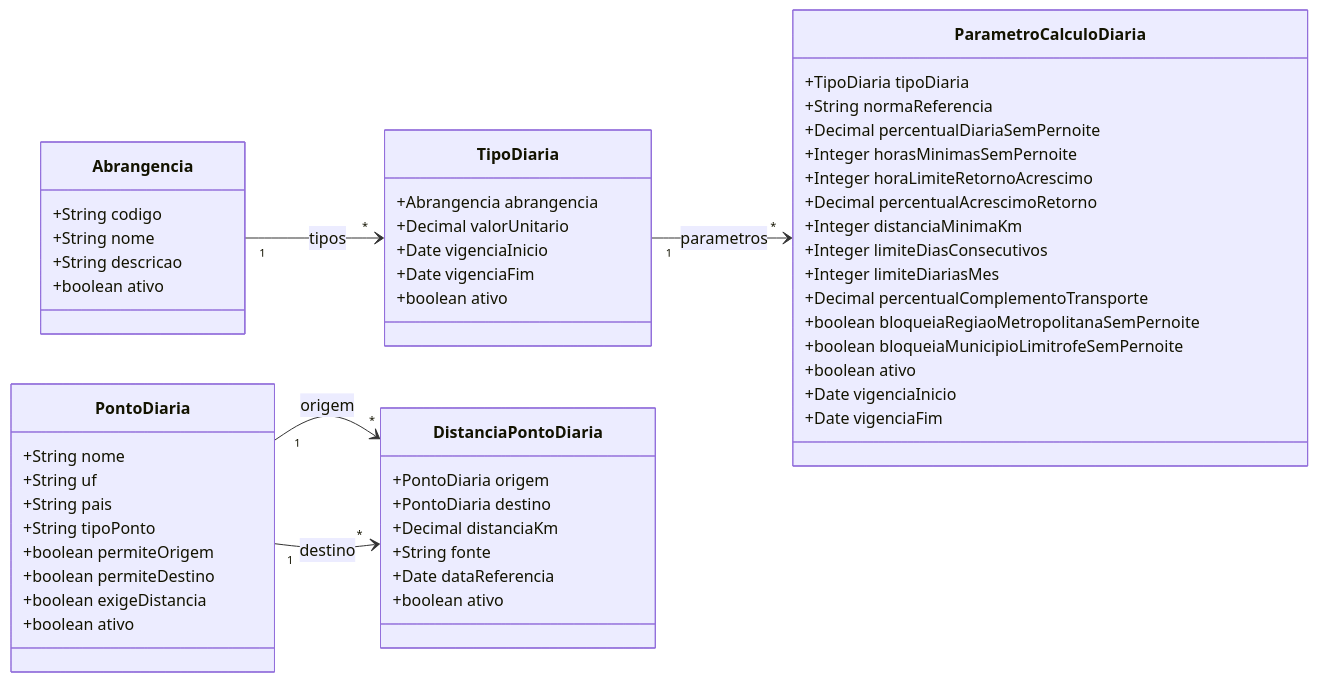
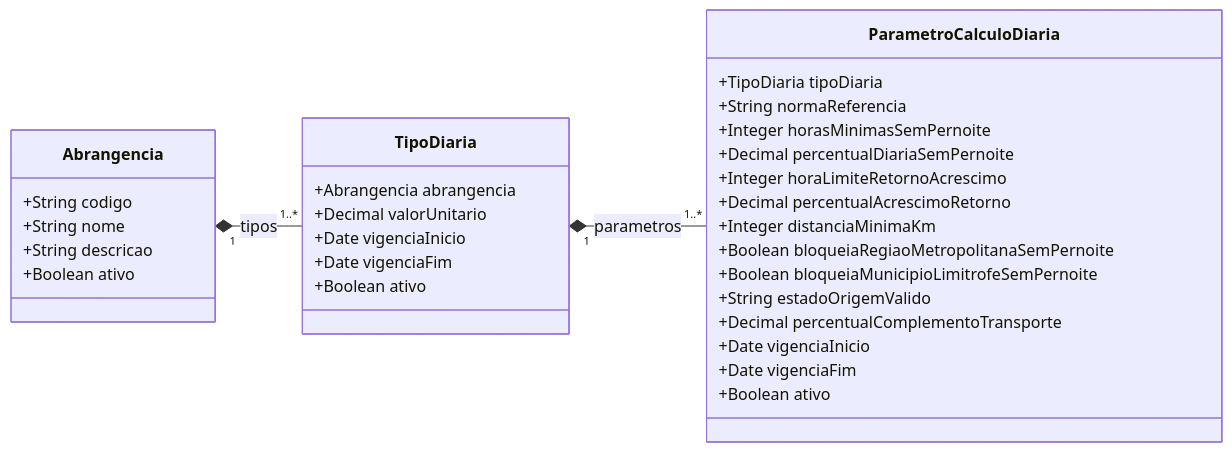
Before and after one commit to Czzped/conecta-fapes-teste: the diagram in docs/implementation/modules/M008-cadastros-corporativos/diarias/modelo-estrutural.md, drawn with Mermaid. The commit also changed other lines of this file and 5 other files, not shown here.

````diff
--- a/docs/implementation/modules/M008-cadastros-corporativos/diarias/modelo-estrutural.md
+++ b/docs/implementation/modules/M008-cadastros-corporativos/diarias/modelo-estrutural.md
@@ -17,62 +15,39 @@
 ```mermaid
 classDiagram
     direction LR
 
     class Abrangencia {
         +String codigo
         +String nome
         +String descricao
-        +boolean ativo
+        +Boolean ativo
     }
 
     class TipoDiaria {
         +Abrangencia abrangencia
         +Decimal valorUnitario
         +Date vigenciaInicio
         +Date vigenciaFim
-        +boolean ativo
+        +Boolean ativo
     }
 
     class ParametroCalculoDiaria {
         +TipoDiaria tipoDiaria
         +String normaReferencia
+        +Integer horasMinimasSemPernoite
         +Decimal percentualDiariaSemPernoite
-        +Integer horasMinimasSemPernoite
         +Integer horaLimiteRetornoAcrescimo
         +Decimal percentualAcrescimoRetorno
         +Integer distanciaMinimaKm
-        +Integer limiteDiasConsecutivos
-        +Integer limiteDiariasMes
+        +Boolean bloqueiaRegiaoMetropolitanaSemPernoite
+        +Boolean bloqueiaMunicipioLimitrofeSemPernoite
+        +String estadoOrigemValido
         +Decimal percentualComplementoTransporte
-        +boolean bloqueiaRegiaoMetropolitanaSemPernoite
-        +boolean bloqueiaMunicipioLimitrofeSemPernoite
-        +boolean ativo
         +Date vigenciaInicio
         +Date vigenciaFim
+        +Boolean ativo
     }
 
-    class PontoDiaria {
-        +String nome
-        +String uf
-        +String pais
-        +String tipoPonto
-        +boolean permiteOrigem
-        +boolean permiteDestino
-        +boolean exigeDistancia
-        +boolean ativo
-    }
-
-    class DistanciaPontoDiaria {
-        +PontoDiaria origem
-        +PontoDiaria destino
-        +Decimal distanciaKm
-        +String fonte
-        +Date dataReferencia
-        +boolean ativo
-    }
-
-    Abrangencia "1" --> "*" TipoDiaria : tipos
-    TipoDiaria "1" --> "*" ParametroCalculoDiaria : parametros
-    PontoDiaria "1" --> "*" DistanciaPontoDiaria : origem
-    PontoDiaria "1" --> "*" DistanciaPontoDiaria : destino
+    Abrangencia "1" *-- "1..*" TipoDiaria : tipos
+    TipoDiaria "1" *-- "1..*" ParametroCalculoDiaria : parametros
 ```
````
